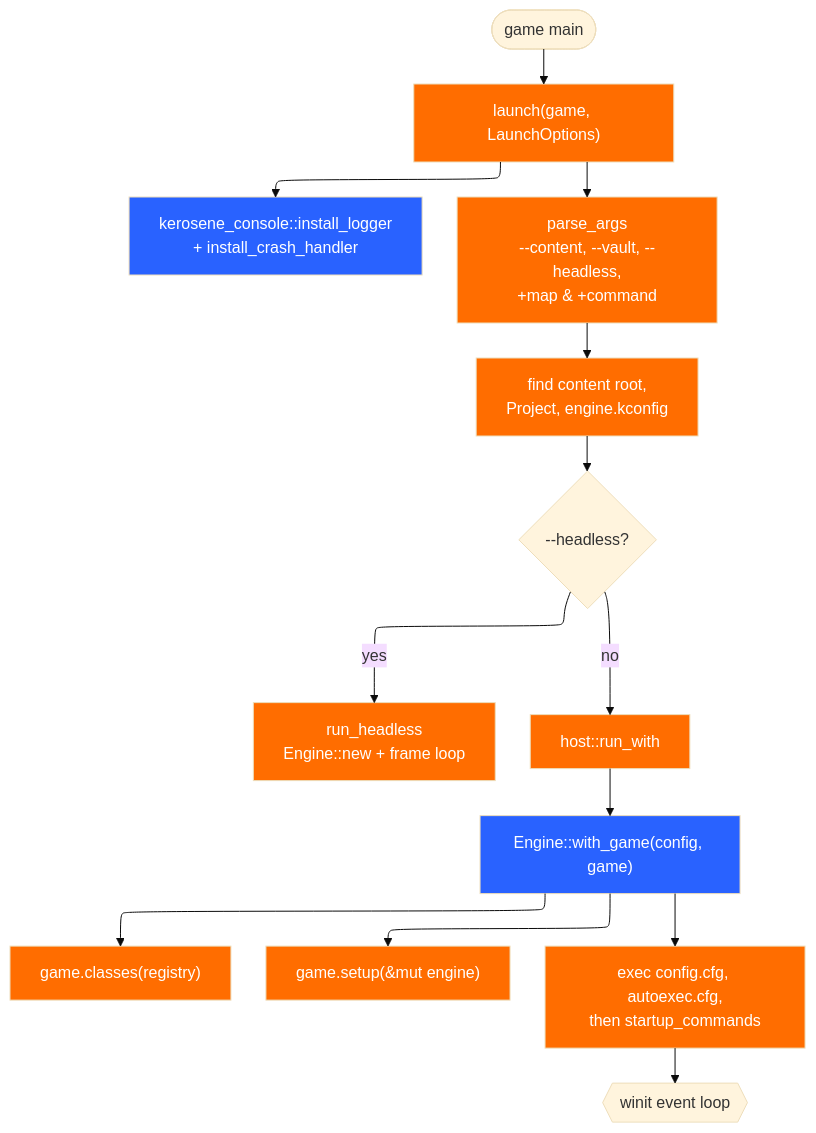
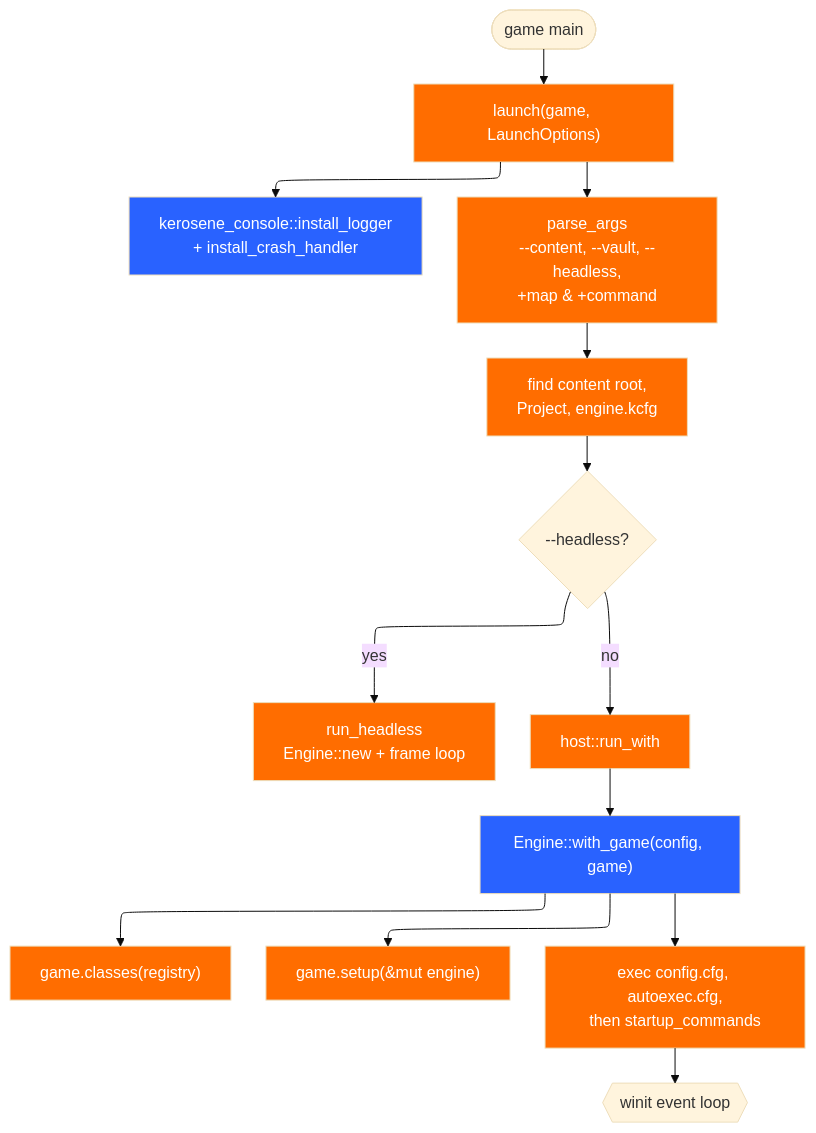
One commit to T342guy/Kerosene changed the first of 4 diagrams in src/devnotes/runtime-tick.md. Above: the diagram before and after it, drawn with Mermaid (base theme). The commit also changed other lines of this file and 224 other files, not shown here.

````diff
--- a/src/devnotes/runtime-tick.md
+++ b/src/devnotes/runtime-tick.md
@@ -18,24 +18,24 @@
 ```mermaid
 ---
 config:
   layout: elk
 ---
 flowchart TB
     main(["game main"]) --> launch["launch(game, LaunchOptions)"]
     launch --> logger["kerosene_console::install_logger<br/>+ install_crash_handler"]
     launch --> args["parse_args<br/>--content, --vault, --headless,<br/>+map &amp; +command"]
-    args --> resolve["find content root,<br/>Project, engine.kconfig"]
+    args --> resolve["find content root,<br/>Project, engine.kcfg"]
     resolve --> choice{"--headless?"}
     choice -- yes --> headless["run_headless<br/>Engine::new + frame loop"]
     choice -- no --> host["host::run_with"]
     host --> engine["Engine::with_game(config, game)"]
     engine --> classes["game.classes(registry)"]
     engine --> setup["game.setup(&amp;mut engine)"]
     engine --> cfgs["exec config.cfg, autoexec.cfg,<br/>then startup_commands"]
     cfgs --> loop{{"winit event loop"}}
 
     classDef proc fill:#FF6D00,color:#fff
     classDef data fill:#2962FF,color:#fff
     class launch,args,resolve,headless,host,classes,setup,cfgs proc
     class logger,engine data
 ```
````
